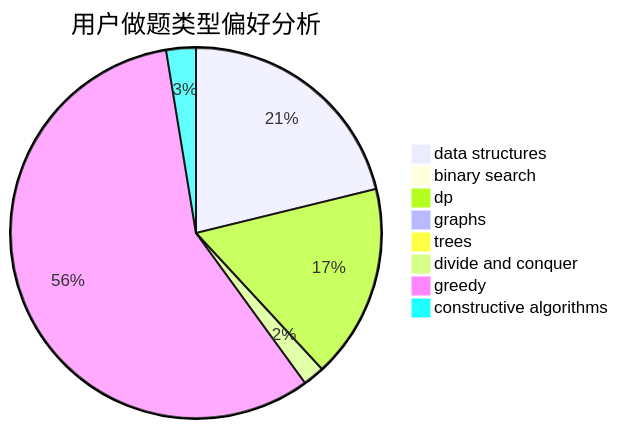
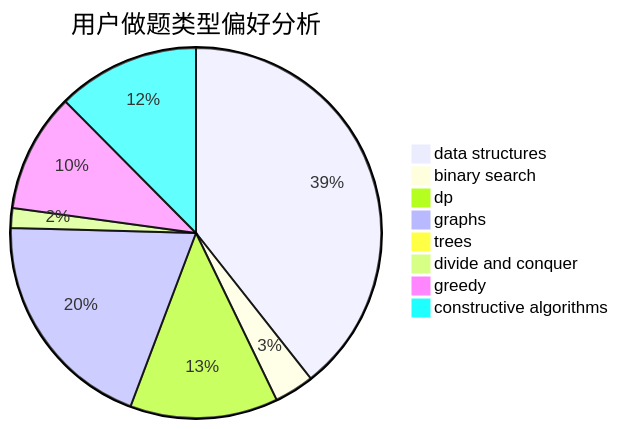
One commit to sherpahu/cfrs.github.io changed the second of 3 diagrams in docs/user/u468.md. Above: the diagram before and after it, drawn with Mermaid. The commit also changed other lines of this file and 2770 other files, not shown here.

````diff
--- a/docs/user/u468.md
+++ b/docs/user/u468.md
@@ -23,11 +23,11 @@
 ```mermaid
 pie title 用户做题类型偏好分析
-    "data structures" :  90
-    "binary search" :  1
-    "dp" :  72
-    "graphs" :  4
-    "trees" :  4
-    "divide and conquer" :  8
-    "greedy" :  244
-    "constructive algorithms" :  11
+    "data structures" :  250
+    "binary search" :  22
+    "dp" :  82
+    "graphs" :  125
+    "trees" :  1
+    "divide and conquer" :  11
+    "greedy" :  66
+    "constructive algorithms" :  79
 ```
````
